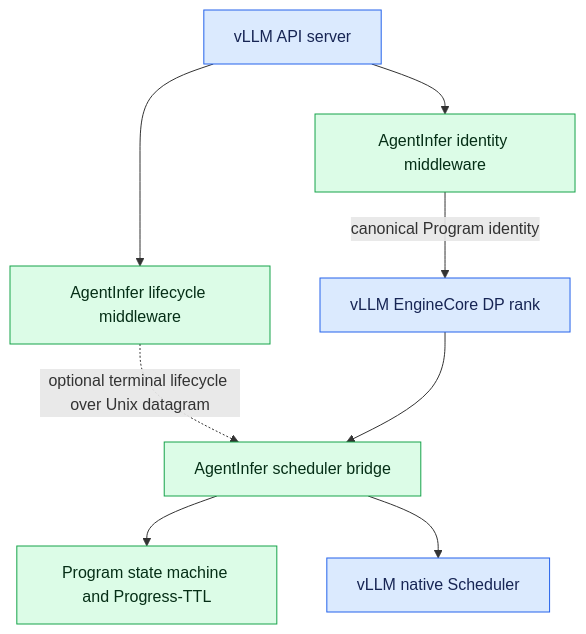
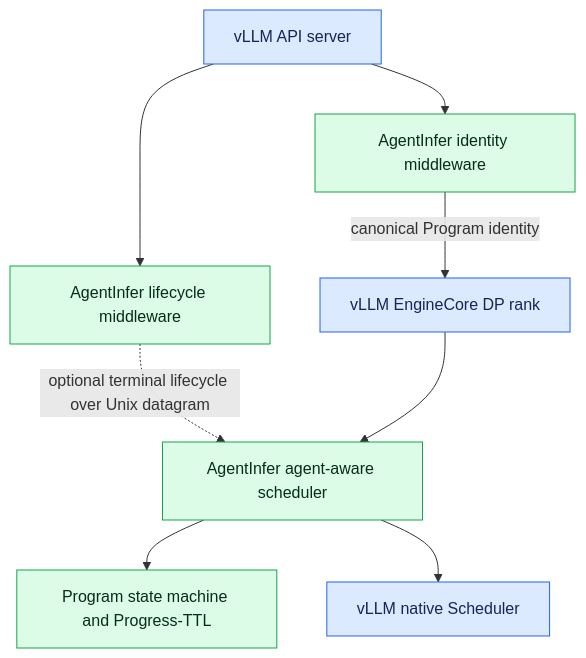
Before and after one commit to openJiuwen-ai/agent-infer: the diagram in design/module/scheduling/vllm-runtime-integration.md, drawn with Mermaid. The commit also changed 18 other files, not shown here.

First line of the commit message:
docs: rename scheduler bridge wording to agent-aware scheduler

````diff
--- a/design/module/scheduling/vllm-runtime-integration.md
+++ b/design/module/scheduling/vllm-runtime-integration.md
@@ -119,23 +119,23 @@
 ```mermaid
 flowchart TB
     API[vLLM API server]
     IM[AgentInfer identity middleware]
     LM[AgentInfer lifecycle middleware]
     EC[vLLM EngineCore DP rank]
-    BR[AgentInfer scheduler bridge]
+    BR[AgentInfer agent-aware scheduler]
     PS[Program state machine and Progress-TTL]
     NS[vLLM native Scheduler]
 
     API --> IM
     IM -->|canonical Program identity| EC
     API --> LM
     LM -.->|optional terminal lifecycle over Unix datagram| BR
     EC --> BR
     BR --> PS
     BR --> NS
 
     classDef native fill:#dbeafe,stroke:#2563eb,color:#172554
     classDef plugin fill:#dcfce7,stroke:#16a34a,color:#052e16
     class API,EC,NS native
     class IM,LM,BR,PS plugin
 ```
````
